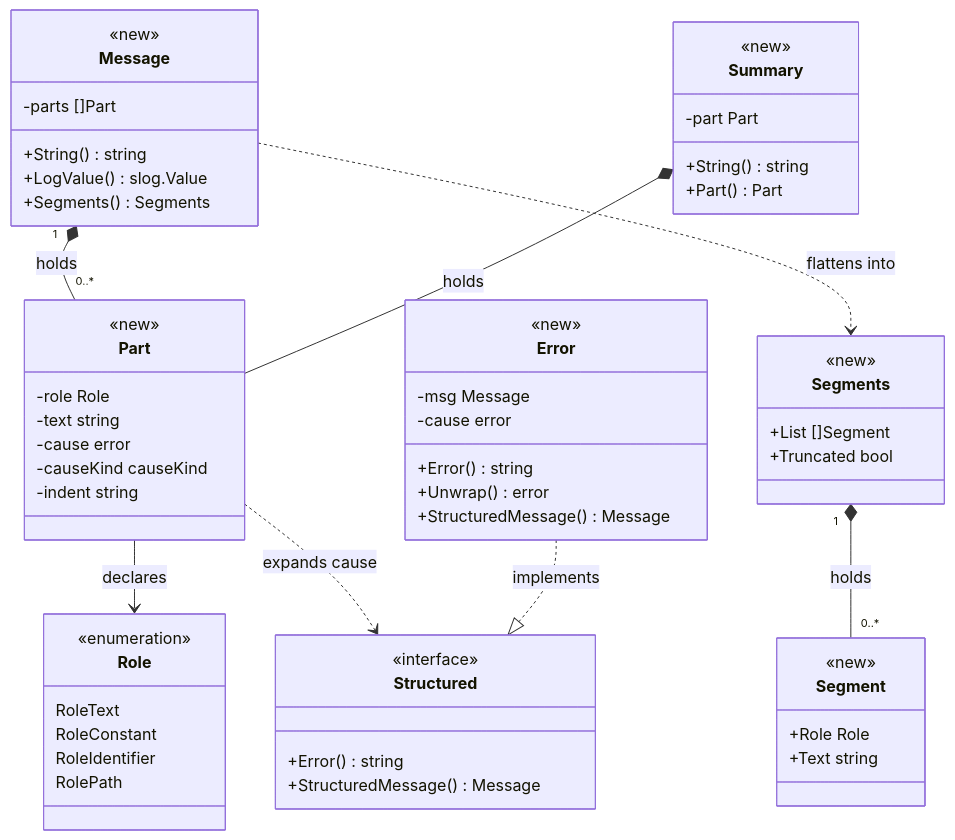
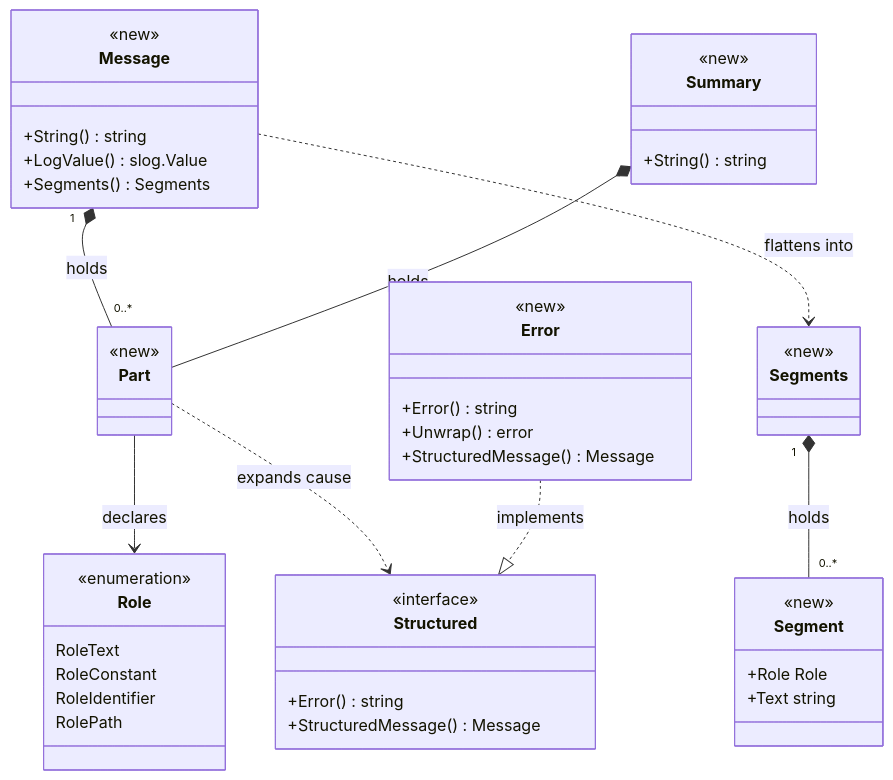
One commit to isseis/go-safe-cmd-runner changed the first of 7 diagrams in docs/tasks/0178_structured_error_message_redaction/02_architecture.md. Above: the diagram before and after it, drawn with Mermaid. The commit also changed other lines of this file and 1 other file, not shown here.

````diff
--- a/docs/tasks/0178_structured_error_message_redaction/02_architecture.md
+++ b/docs/tasks/0178_structured_error_message_redaction/02_architecture.md
@@ -42,61 +45,49 @@
 ```mermaid
 classDiagram
     class Structured {
         <<interface>>
         +Error() string
         +StructuredMessage() Message
     }
     class Message {
         <<new>>
-        -parts []Part
         +String() string
         +LogValue() slog.Value
         +Segments() Segments
     }
     class Part {
         <<new>>
-        -role Role
-        -text string
-        -cause error
-        -causeKind causeKind
-        -indent string
     }
     class Segments {
         <<new>>
-        +List []Segment
-        +Truncated bool
     }
     class Segment {
         <<new>>
         +Role Role
         +Text string
     }
     class Role {
         <<enumeration>>
         RoleText
         RoleConstant
         RoleIdentifier
         RolePath
     }
     class Summary {
         <<new>>
-        -part Part
         +String() string
-        +Part() Part
     }
     class Error {
         <<new>>
-        -msg Message
-        -cause error
         +Error() string
         +Unwrap() error
         +StructuredMessage() Message
     }
     Message "1" *-- "0..*" Part : holds
     Part --> Role : declares
     Message ..> Segments : flattens into
     Segments "1" *-- "0..*" Segment : holds
     Part ..> Structured : expands cause
     Summary *-- Part : holds
     Error ..|> Structured : implements
 ```
````
